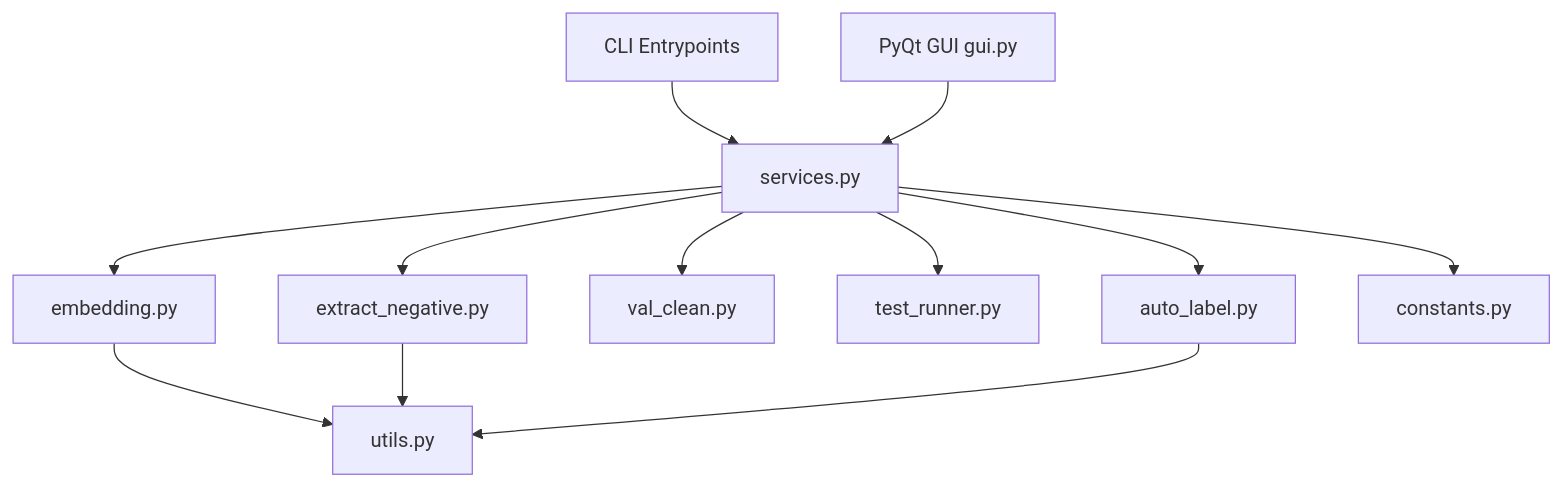
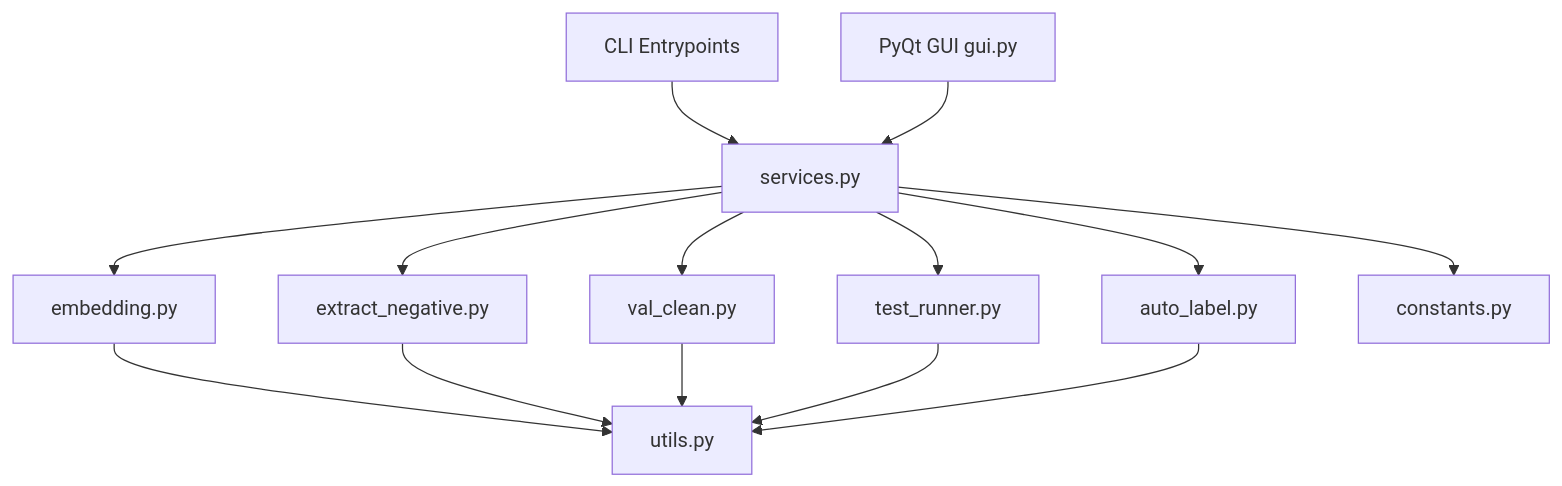
The first of 3 diagrams in Tools/sampling/detail/SAMPLING_DETAILS_en.md (leo2783/Traffic-Violation-Reporting-Automation-TVRA), drawn with Mermaid before and after one commit. The commit also changed other lines of this file and 18 other files, not shown here.

````diff
--- a/Tools/sampling/detail/SAMPLING_DETAILS_en.md
+++ b/Tools/sampling/detail/SAMPLING_DETAILS_en.md
@@ -45,14 +47,16 @@
 ```mermaid
 graph TD
     A[CLI Entrypoints] --> B[services.py]
     C[PyQt GUI gui.py] --> B
     B --> D[embedding.py]
     B --> E[extract_negative.py]
     B --> F[val_clean.py]
     B --> G[test_runner.py]
     B --> H[auto_label.py]
-    D --> I[utils.py]
-    E --> I
-    H --> I
-    B --> J[constants.py]
+    B --> I[constants.py]
+    D --> J[utils.py]
+    E --> J
+    F --> J
+    G --> J
+    H --> J
 ```
````
